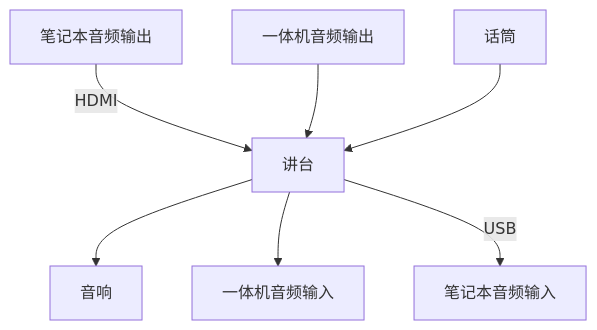
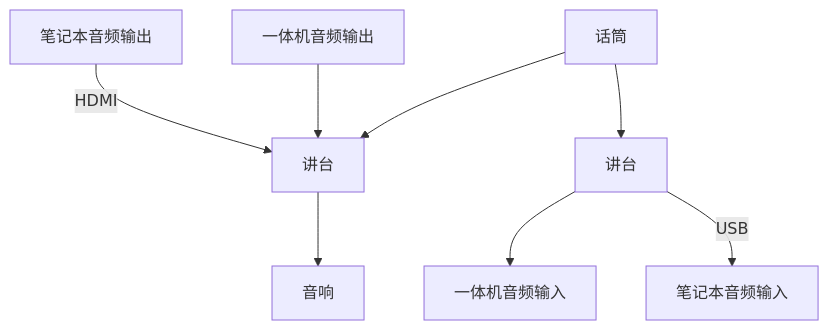
One commit to jiegec/blog-source changed the second of 5 diagrams in docs/blog/posts/misc/classroom-routing.md. Above: the diagram before and after it, drawn with Mermaid. The commit also changed other lines of this file, not shown here.

````diff
--- a/docs/blog/posts/misc/classroom-routing.md
+++ b/docs/blog/posts/misc/classroom-routing.md
@@ -51,10 +51,12 @@
 ```mermaid
 flowchart TD
     笔记本音频输出 -->|HDMI| 讲台
     一体机音频输出 --> 讲台
     话筒 --> 讲台
 
     讲台 --> 音响
-    讲台 --> 一体机音频输入
-    讲台 -->|USB| 笔记本音频输入
+
+    话筒 --> 讲台1[讲台]
+    讲台1 --> 一体机音频输入
+    讲台1 -->|USB| 笔记本音频输入
 ```
````
